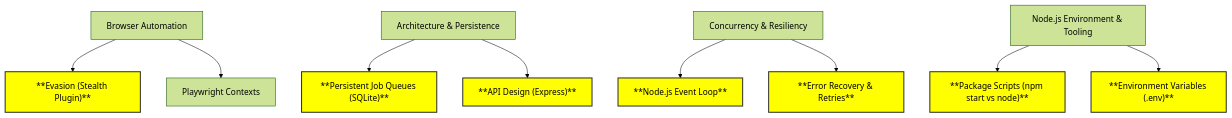
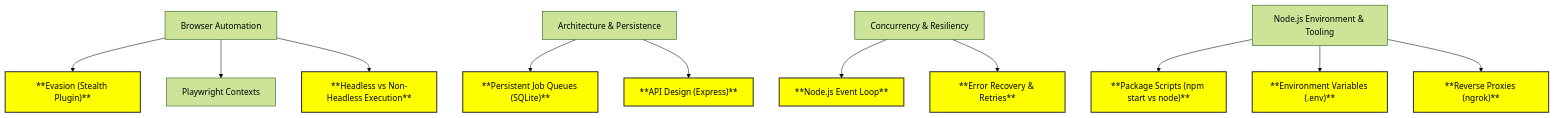
The diagram in knowledge.md (Abhinay-kal/Content-Operations-Automation-Platform), drawn with Mermaid (forest theme) before and after one commit. The commit also changed other lines of this file, not shown here.

Commit message:
docs: track headless execution and ngrok in knowledge graph

````diff
--- a/knowledge.md
+++ b/knowledge.md
@@ -7,37 +7,43 @@
 ```mermaid
 graph TD
     %% Main Topics
     A[Browser Automation]
     B[Architecture & Persistence]
     C[Concurrency & Resiliency]
     D[Node.js Environment & Tooling]
     
     %% Subtopics
     A1["**Evasion (Stealth Plugin)**"]
     A2[Playwright Contexts]
+    A3["**Headless vs Non-Headless Execution**"]
     B1["**Persistent Job Queues (SQLite)**"]
     B2["**API Design (Express)**"]
     C1["**Node.js Event Loop**"]
     C2["**Error Recovery & Retries**"]
     D1["**Package Scripts (npm start vs node)**"]
     D2["**Environment Variables (.env)**"]
+    D3["**Reverse Proxies (ngrok)**"]
     
     %% Relationships
     A --> A1
     A --> A2
+    A --> A3
     B --> B1
     B --> B2
     C --> C1
     C --> C2
     D --> D1
     D --> D2
+    D --> D3
     
     %% Styling for actively used/implemented subtopics
     style A1 fill:#ffff00,stroke:#333,stroke-width:2px,color:#000;
+    style A3 fill:#ffff00,stroke:#333,stroke-width:2px,color:#000;
     style B1 fill:#ffff00,stroke:#333,stroke-width:2px,color:#000;
     style B2 fill:#ffff00,stroke:#333,stroke-width:2px,color:#000;
     style C1 fill:#ffff00,stroke:#333,stroke-width:2px,color:#000;
     style C2 fill:#ffff00,stroke:#333,stroke-width:2px,color:#000;
     style D1 fill:#ffff00,stroke:#333,stroke-width:2px,color:#000;
     style D2 fill:#ffff00,stroke:#333,stroke-width:2px,color:#000;
+    style D3 fill:#ffff00,stroke:#333,stroke-width:2px,color:#000;
 ```
````
